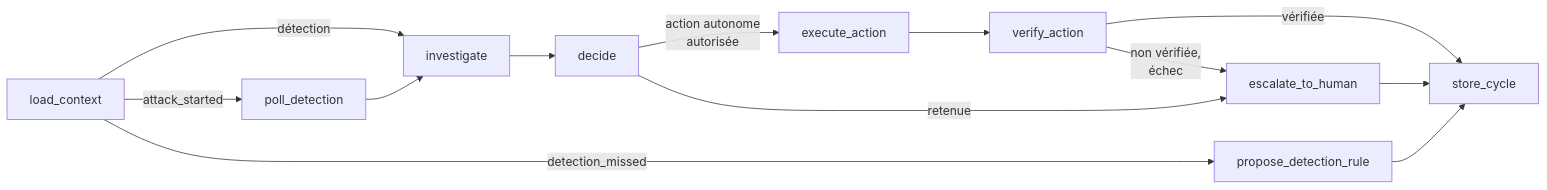
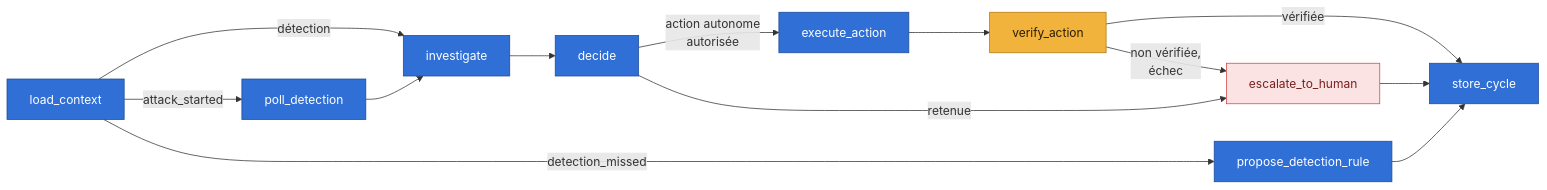
One commit to Vanyar53/eregion changed the third of 6 diagrams in docs/architecture.md. Above: the diagram before and after it, drawn with Mermaid. The commit also changed other lines of this file and 3 other files, not shown here.

````diff
--- a/docs/architecture.md
+++ b/docs/architecture.md
@@ -77,15 +105,21 @@
 ```mermaid
 flowchart LR
     LC["load_context"] -->|"attack_started"| PD["poll_detection"]
     LC -->|"détection"| INV["investigate"]
     LC -->|"detection_missed"| PDR["propose_detection_rule"]
     PD --> INV
     INV --> DEC["decide"]
     DEC -->|"action autonome<br/>autorisée"| EX["execute_action"]
     EX --> VA["verify_action"]
     VA -->|"vérifiée"| SC["store_cycle"]
     VA -->|"non vérifiée,<br/>échec"| ESC["escalate_to_human"]
     DEC -->|"retenue"| ESC
     ESC --> SC
     PDR --> SC
+    classDef blue fill:#2f6fd6,stroke:#1d4a9a,color:#ffffff
+    classDef guard fill:#f2b33d,stroke:#b07a12,color:#2b1d00
+    classDef warn fill:#fbe3e3,stroke:#d64545,color:#7a1f1f
+    class LC,PD,INV,DEC,EX,SC,PDR blue
+    class VA guard
+    class ESC warn
 ```
````
